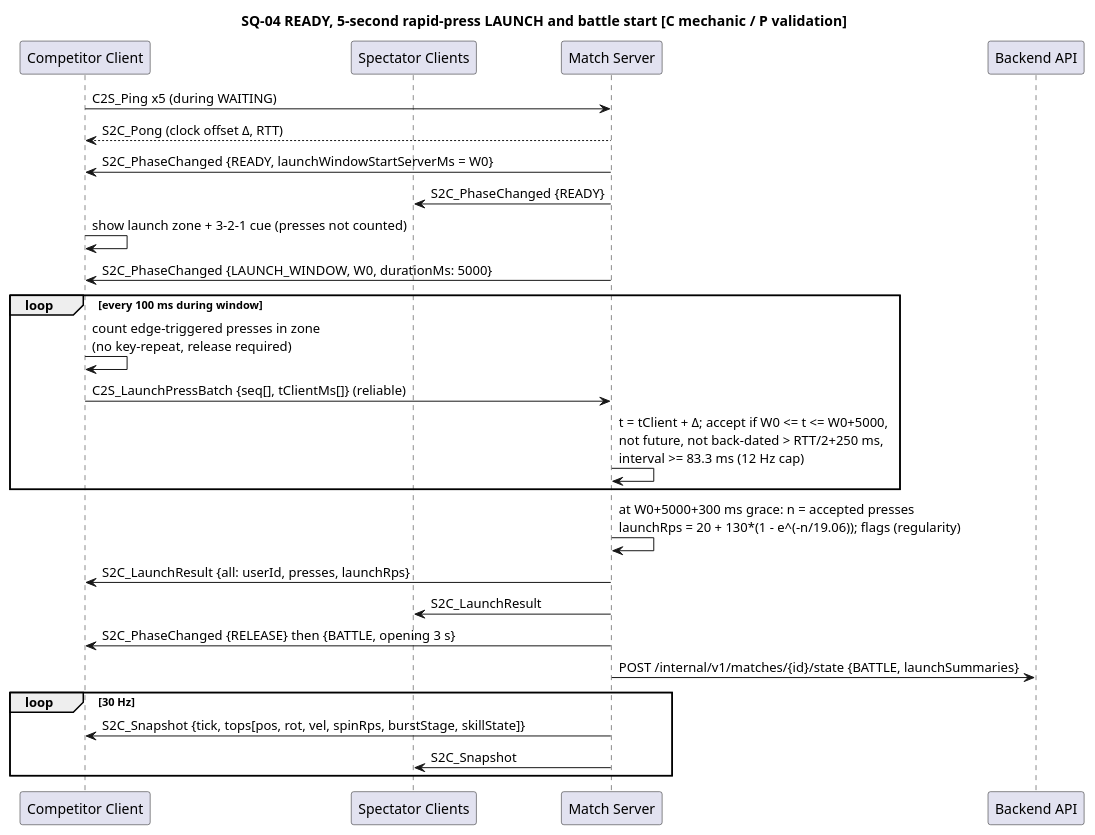
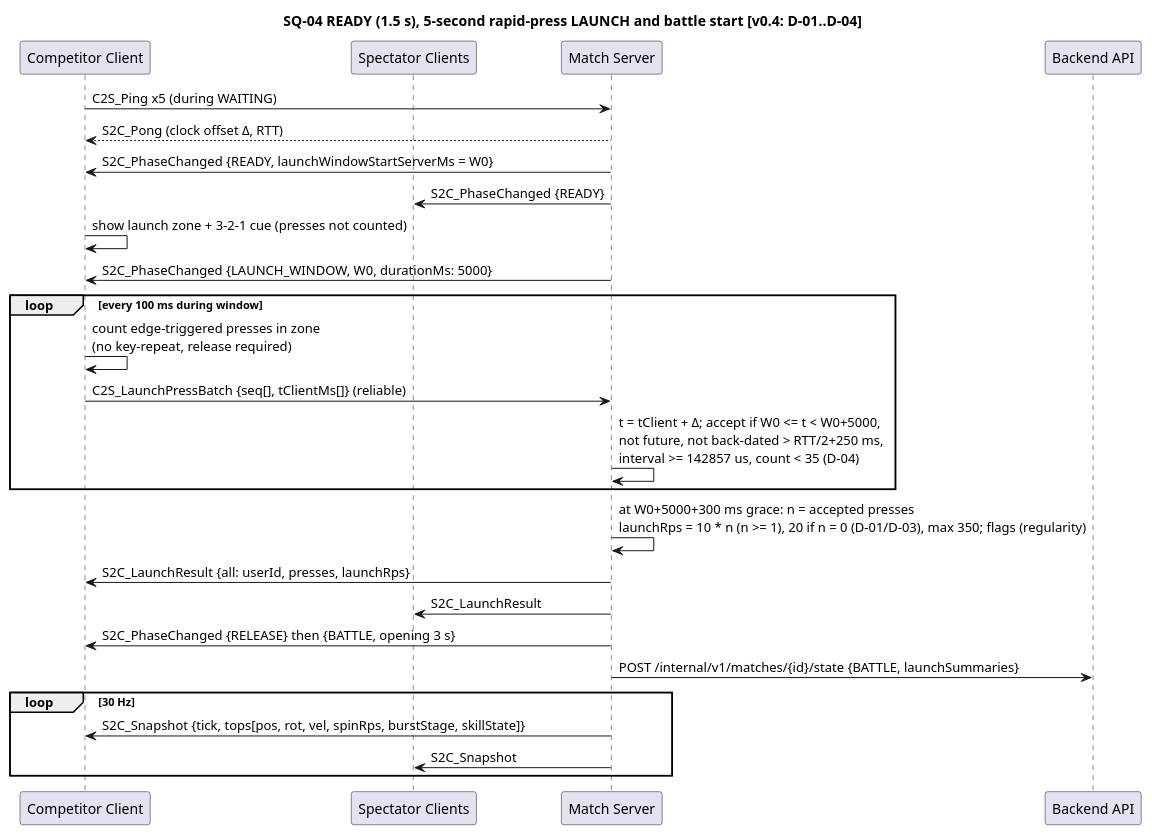
The diagram in docs/02-uml/sequence/SQ-04-launch-start.puml (houcine212-hub/Bayblade_Sesytem), drawn with PlantUML before and after one commit. The commit also changed 57 other files, not shown here.

```diff
--- a/docs/02-uml/sequence/SQ-04-launch-start.puml
+++ b/docs/02-uml/sequence/SQ-04-launch-start.puml
@@ -1,27 +1,27 @@
 @startuml SQ-04
-title SQ-04 READY, 5-second rapid-press LAUNCH and battle start [C mechanic / P validation]
+title SQ-04 READY (1.5 s), 5-second rapid-press LAUNCH and battle start [v0.4: D-01..D-04]
 participant "Competitor Client" as C
 participant "Spectator Clients" as S
 participant "Match Server" as MS
 participant "Backend API" as B
 C -> MS : C2S_Ping x5 (during WAITING) 
 MS --> C : S2C_Pong (clock offset Δ, RTT)
 MS -> C : S2C_PhaseChanged {READY, launchWindowStartServerMs = W0}
 MS -> S : S2C_PhaseChanged {READY}
 C -> C : show launch zone + 3-2-1 cue (presses not counted)
 MS -> C : S2C_PhaseChanged {LAUNCH_WINDOW, W0, durationMs: 5000}
 loop every 100 ms during window
   C -> C : count edge-triggered presses in zone\n(no key-repeat, release required)
   C -> MS : C2S_LaunchPressBatch {seq[], tClientMs[]} (reliable)
-  MS -> MS : t = tClient + Δ; accept if W0 <= t <= W0+5000,\nnot future, not back-dated > RTT/2+250 ms,\ninterval >= 83.3 ms (12 Hz cap)
+  MS -> MS : t = tClient + Δ; accept if W0 <= t < W0+5000,\nnot future, not back-dated > RTT/2+250 ms,\ninterval >= 142857 us, count < 35 (D-04)
 end
-MS -> MS : at W0+5000+300 ms grace: n = accepted presses\nlaunchRps = 20 + 130*(1 - e^(-n/19.06)); flags (regularity)
+MS -> MS : at W0+5000+300 ms grace: n = accepted presses\nlaunchRps = 10 * n (n >= 1), 20 if n = 0 (D-01/D-03), max 350; flags (regularity)
 MS -> C : S2C_LaunchResult {all: userId, presses, launchRps}
 MS -> S : S2C_LaunchResult
 MS -> C : S2C_PhaseChanged {RELEASE} then {BATTLE, opening 3 s}
 MS -> B : POST /internal/v1/matches/{id}/state {BATTLE, launchSummaries}
 loop 30 Hz
   MS -> C : S2C_Snapshot {tick, tops[pos, rot, vel, spinRps, burstStage, skillState]}
   MS -> S : S2C_Snapshot
 end
 @enduml
```
